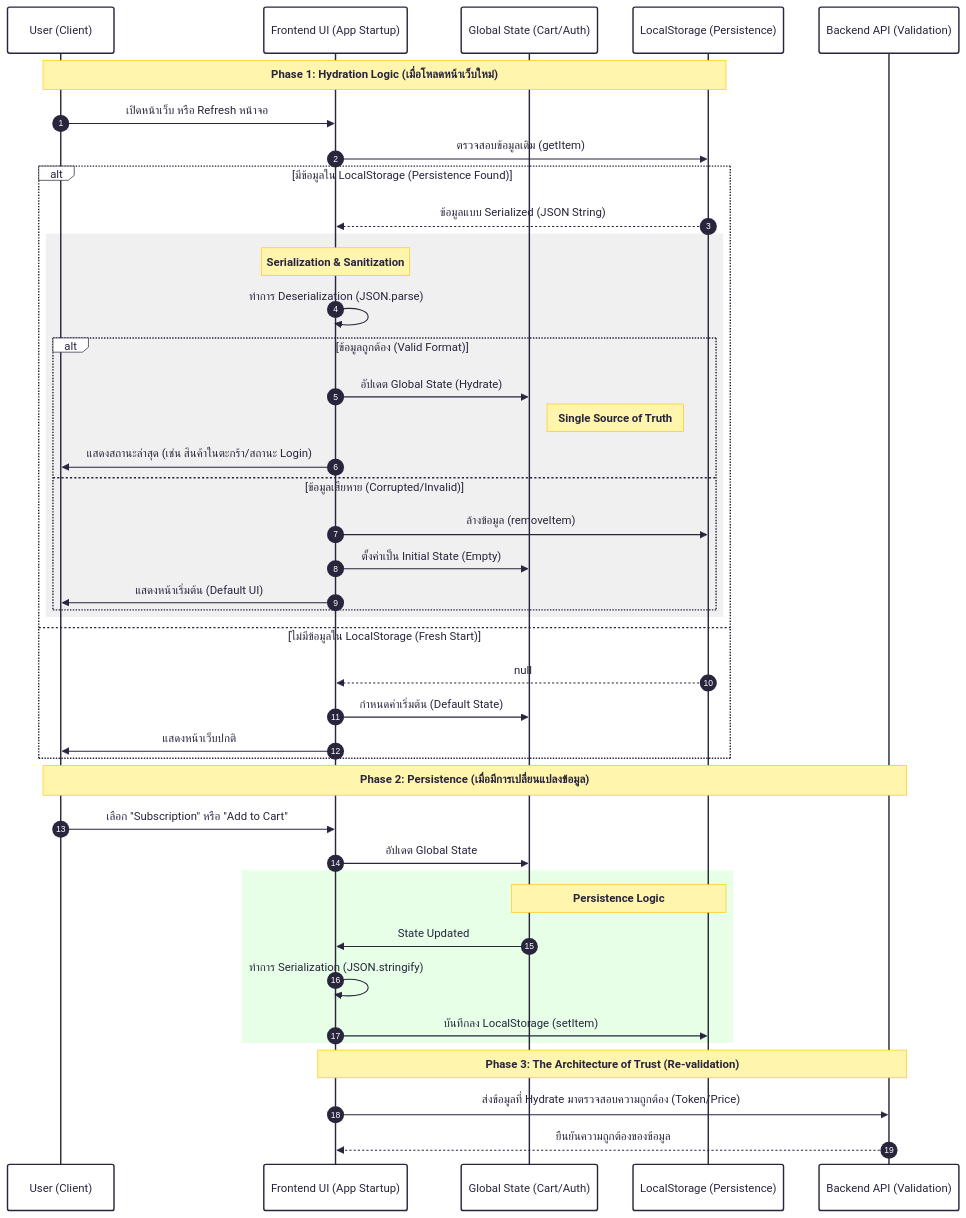
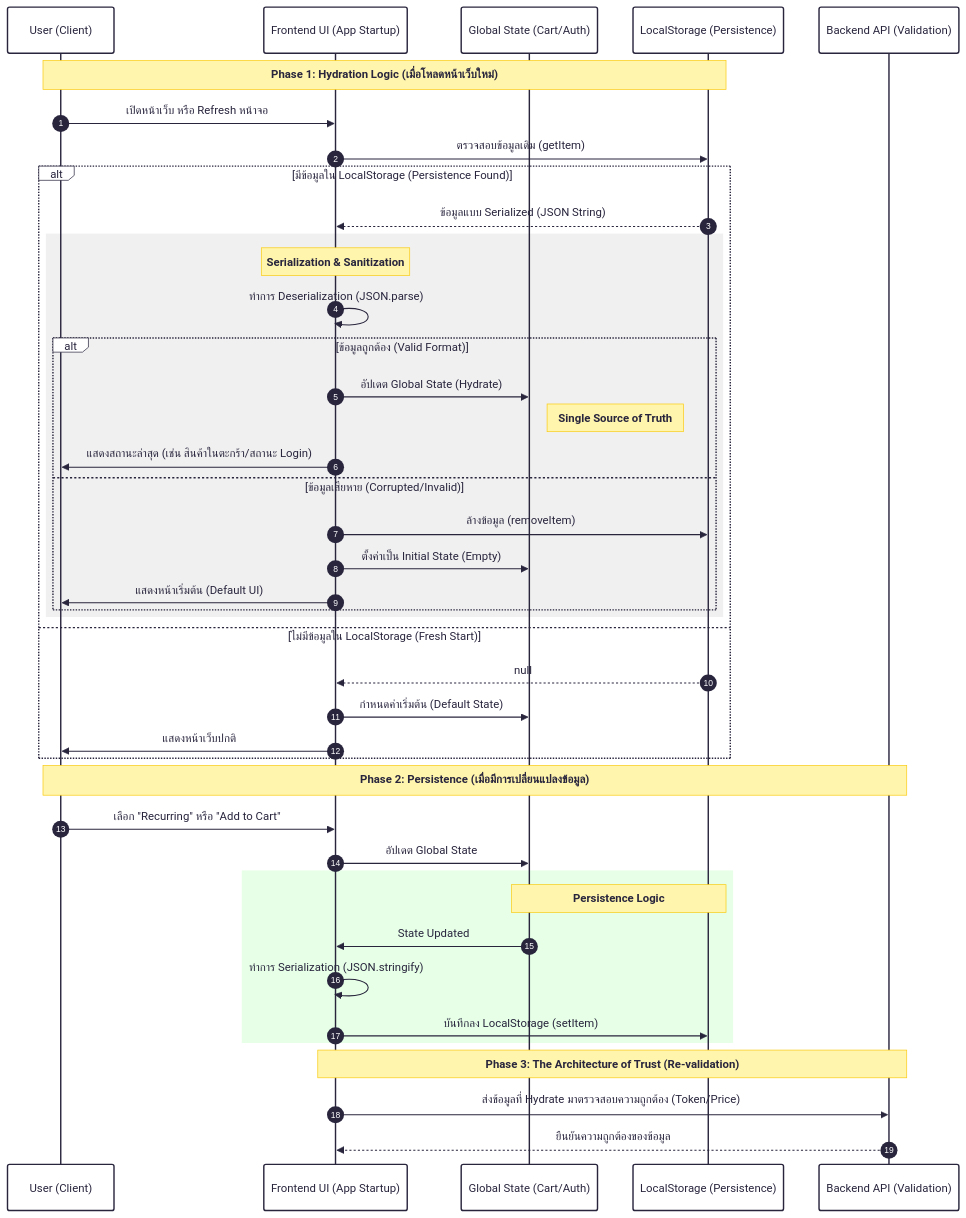
One commit to Biwjustwork/WebTech-Minigroup-Assignment changed the diagram in daigram-document/Sequence Diagrame/Persistence & Hydration/Persistence & Hydration-2026-05-22-075606.mmd. Above: the diagram before and after it, drawn with Mermaid. The commit also changed 1 other file, not shown here.

Commit message:
docs: fix little Persistence & Hydration Sequence diagram

```diff
--- a/daigram-document/Sequence Diagrame/Persistence & Hydration/Persistence & Hydration-2026-05-22-075606.mmd
+++ b/daigram-document/Sequence Diagrame/Persistence & Hydration/Persistence & Hydration-2026-05-22-075606.mmd
@@ -1,54 +1,54 @@
 ---
 config:
   theme: redux
 ---
 sequenceDiagram
     autonumber
     participant User as User (Client)
     participant UI as Frontend UI (App Startup)
     participant State as Global State (Cart/Auth)
     participant LS as LocalStorage (Persistence)
     participant API as Backend API (Validation)
 
     Note over User, LS: Phase 1: Hydration Logic (เมื่อโหลดหน้าเว็บใหม่)
 
     User->>UI: เปิดหน้าเว็บ หรือ Refresh หน้าจอ
     UI->>LS: ตรวจสอบข้อมูลเดิม (getItem)
     alt มีข้อมูลใน LocalStorage (Persistence Found)
         LS-->>UI: ข้อมูลแบบ Serialized (JSON String)
         
         rect rgb(240, 240, 240)
             Note over UI: Serialization & Sanitization
             UI->>UI: ทำการ Deserialization (JSON.parse)
             
             alt ข้อมูลถูกต้อง (Valid Format)
                 UI->>State: อัปเดต Global State (Hydrate)
                 Note right of State: Single Source of Truth
                 UI->>User: แสดงสถานะล่าสุด (เช่น สินค้าในตะกร้า/สถานะ Login)
             else ข้อมูลเสียหาย (Corrupted/Invalid)
                 UI->>LS: ล้างข้อมูล (removeItem)
                 UI->>State: ตั้งค่าเป็น Initial State (Empty)
                 UI->>User: แสดงหน้าเริ่มต้น (Default UI)
             end
         end
         
     else ไม่มีข้อมูลใน LocalStorage (Fresh Start)
         LS-->>UI: null
         UI->>State: กำหนดค่าเริ่มต้น (Default State)
         UI->>User: แสดงหน้าเว็บปกติ
     end
 
     Note over User, API: Phase 2: Persistence (เมื่อมีการเปลี่ยนแปลงข้อมูล)
 
-    User->>UI: เลือก "Subscription" หรือ "Add to Cart"
+    User->>UI: เลือก "Recurring" หรือ "Add to Cart"
     UI->>State: อัปเดต Global State
     rect rgb(230, 255, 230)
         Note over State, LS: Persistence Logic
         State->>UI: State Updated
         UI->>UI: ทำการ Serialization (JSON.stringify)
         UI->>LS: บันทึกลง LocalStorage (setItem)
     end
 
     Note over UI, API: Phase 3: The Architecture of Trust (Re-validation)
     UI->>API: ส่งข้อมูลที่ Hydrate มาตรวจสอบความถูกต้อง (Token/Price)
     API-->>UI: ยืนยันความถูกต้องของข้อมูล
```
